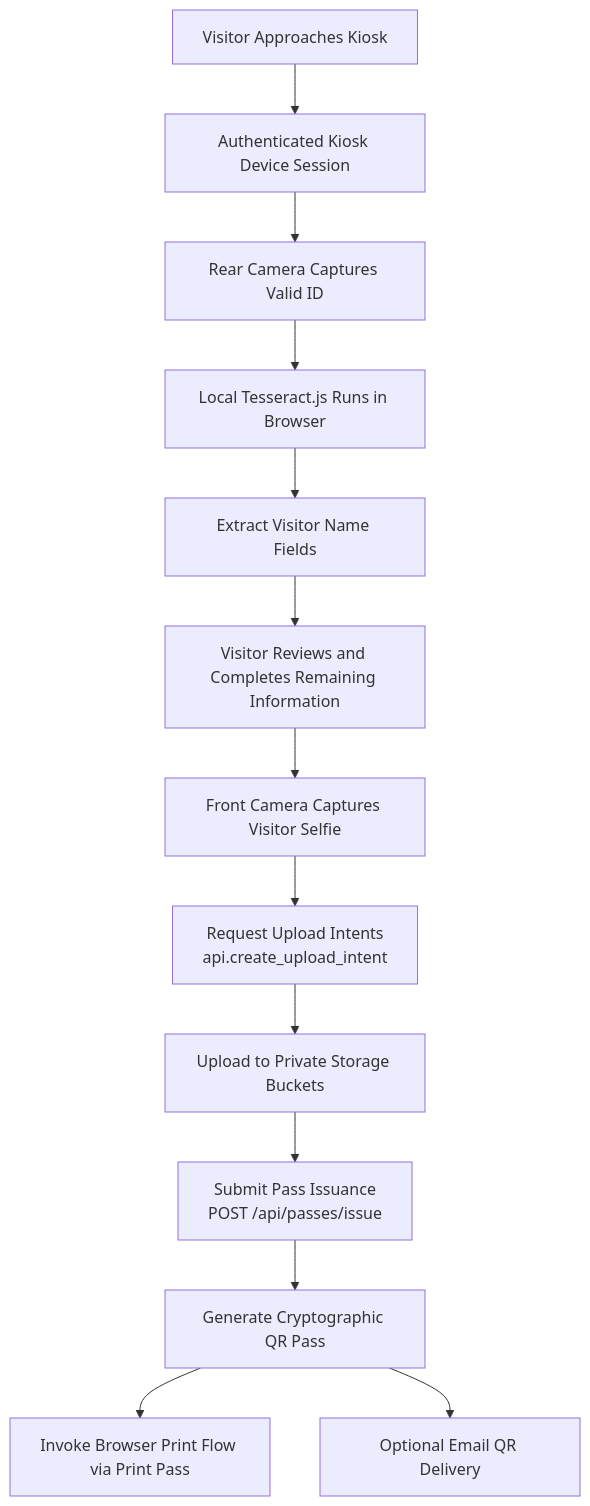
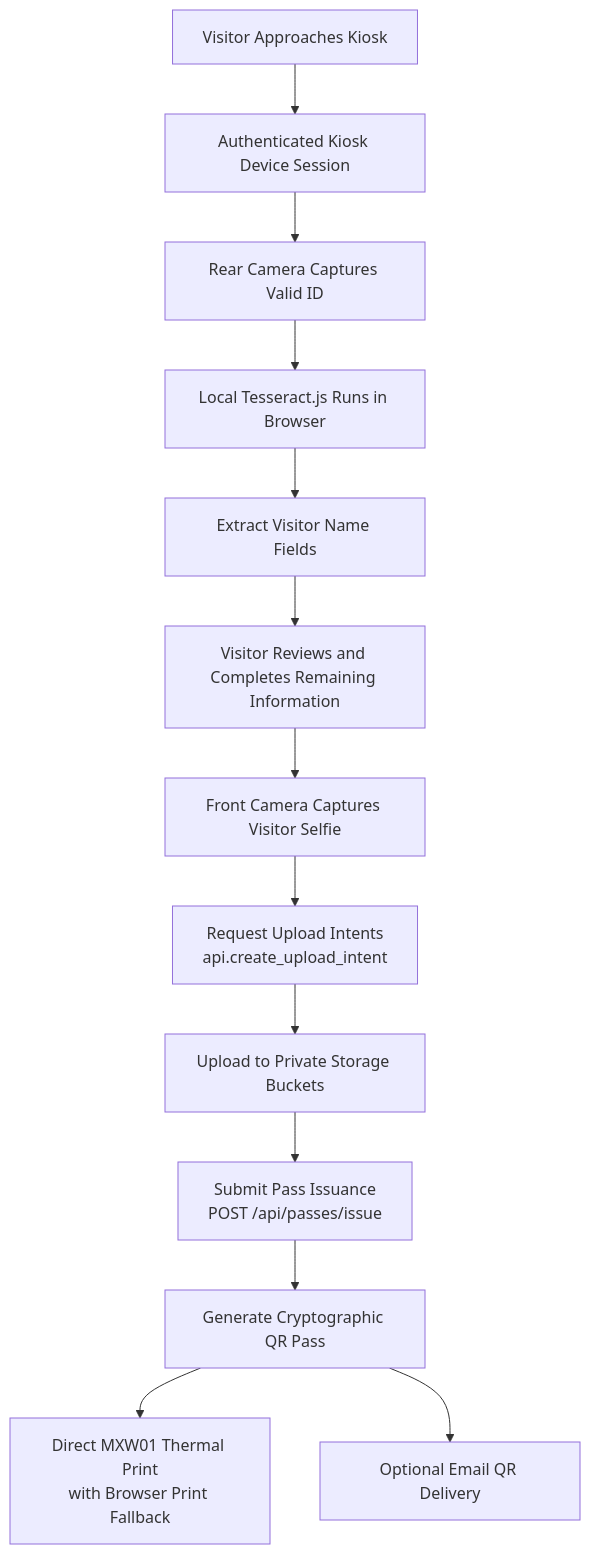
Before and after one commit to jsphhbna/egatepass: the third of 10 diagrams in README.md, drawn with Mermaid. The commit also changed other lines of this file and 39 other files, not shown here.

````diff
--- a/README.md
+++ b/README.md
@@ -132,29 +132,29 @@
 ```mermaid
 flowchart TD
     Start["Visitor Approaches Kiosk"]
     Auth["Authenticated Kiosk Device Session"]
     CaptureID["Rear Camera Captures Valid ID"]
     OCR["Local Tesseract.js Runs in Browser"]
     Extract["Extract Visitor Name Fields"]
     Review["Visitor Reviews and Completes Remaining Information"]
     Selfie["Front Camera Captures Visitor Selfie"]
     Intent["Request Upload Intents<br>api.create_upload_intent"]
     Store["Upload to Private Storage Buckets"]
     Issue["Submit Pass Issuance<br>POST /api/passes/issue"]
     QR["Generate Cryptographic QR Pass"]
-    Print["Invoke Browser Print Flow via Print Pass"]
+    Print["Direct MXW01 Thermal Print<br>with Browser Print Fallback"]
     Email["Optional Email QR Delivery"]
 
     Start --> Auth
     Auth --> CaptureID
     CaptureID --> OCR
     OCR --> Extract
     Extract --> Review
     Review --> Selfie
     Selfie --> Intent
     Intent --> Store
     Store --> Issue
     Issue --> QR
     QR --> Print
     QR --> Email
 ```
````
